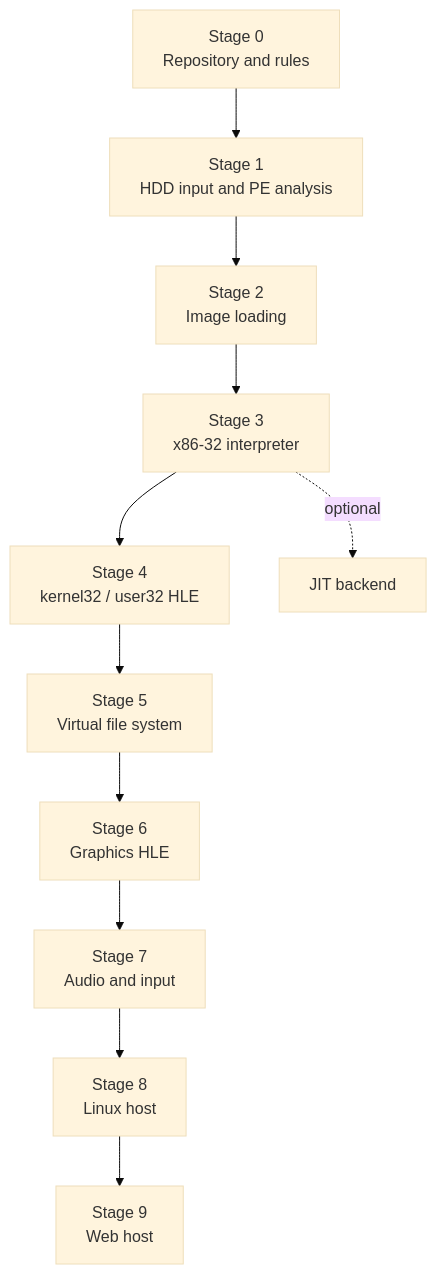
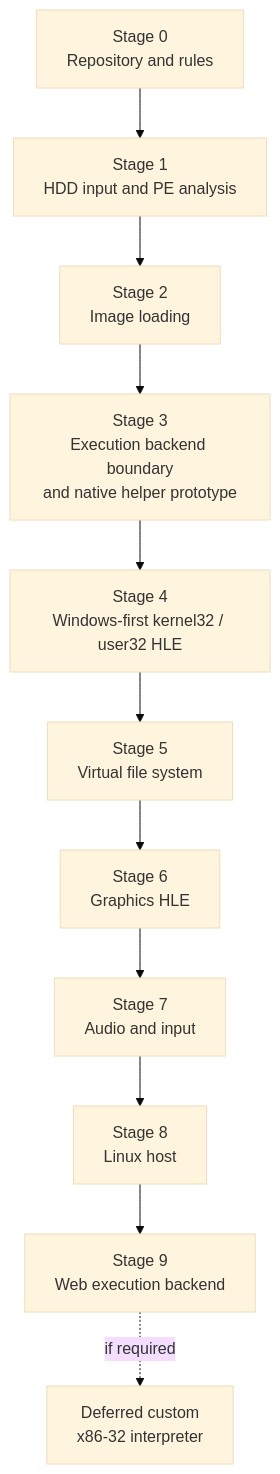
The diagram in docs/WIN32_HLE_PORTING_PLAN.md (nworkers/re2DJ), drawn with Mermaid (base theme) before and after one commit. The commit also changed other lines of this file and 92 other files, not shown here.

Commit message:
Add native helper execution backends

````diff
--- a/docs/WIN32_HLE_PORTING_PLAN.md
+++ b/docs/WIN32_HLE_PORTING_PLAN.md
@@ -11,13 +11,13 @@
 ```mermaid
 flowchart TD
     S0["Stage 0<br/>Repository and rules"] --> S1["Stage 1<br/>HDD input and PE analysis"]
     S1 --> S2["Stage 2<br/>Image loading"]
-    S2 --> S3["Stage 3<br/>x86-32 interpreter"]
-    S3 --> S4["Stage 4<br/>kernel32 / user32 HLE"]
+    S2 --> S3["Stage 3<br/>Execution backend boundary<br/>and native helper prototype"]
+S3 --> S4["Stage 4<br/>Windows-first kernel32 / user32 HLE"]
     S4 --> S5["Stage 5<br/>Virtual file system"]
     S5 --> S6["Stage 6<br/>Graphics HLE"]
     S6 --> S7["Stage 7<br/>Audio and input"]
     S7 --> S8["Stage 8<br/>Linux host"]
-    S8 --> S9["Stage 9<br/>Web host"]
-    S3 -.optional.-> J["JIT backend"]
+    S8 --> S9["Stage 9<br/>Web execution backend"]
+    S9 -.if required.-> I["Deferred custom<br/>x86-32 interpreter"]
 ```
````
